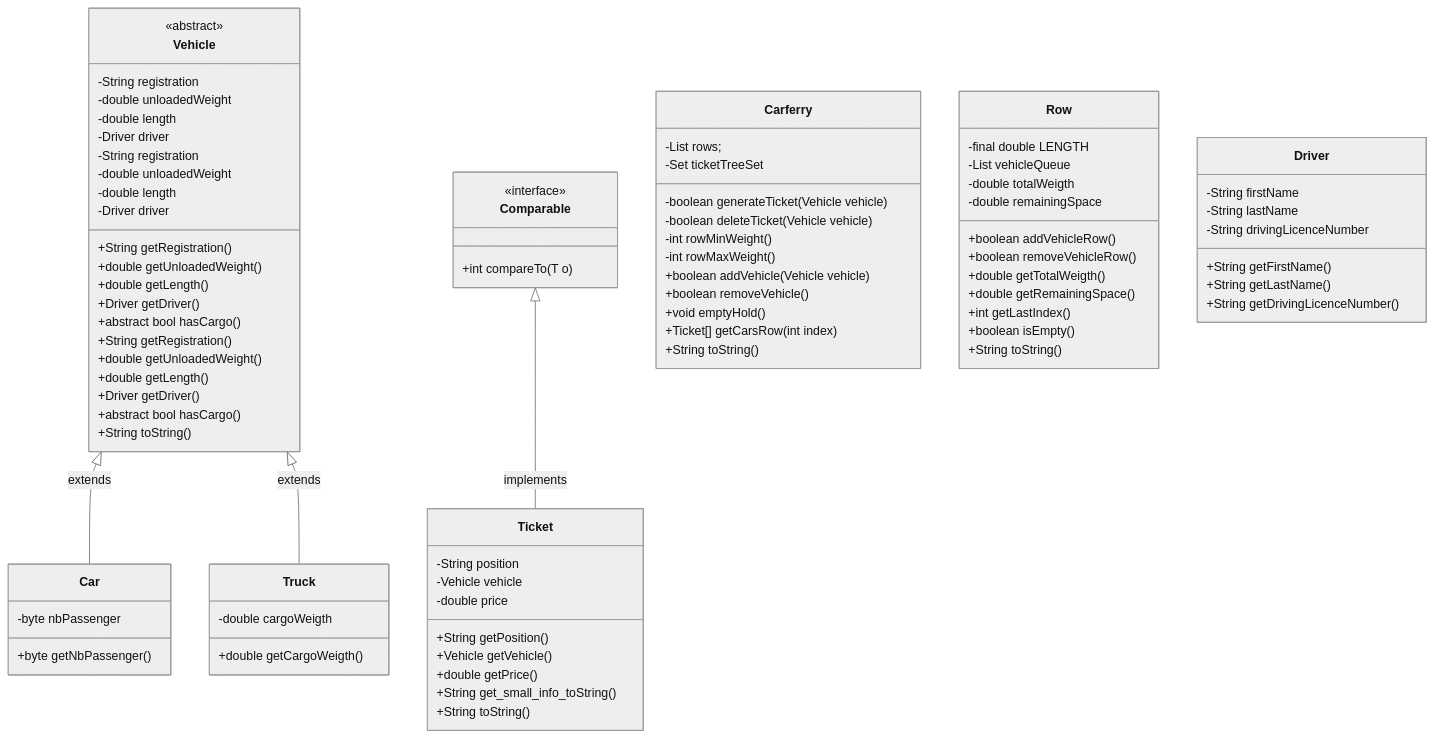
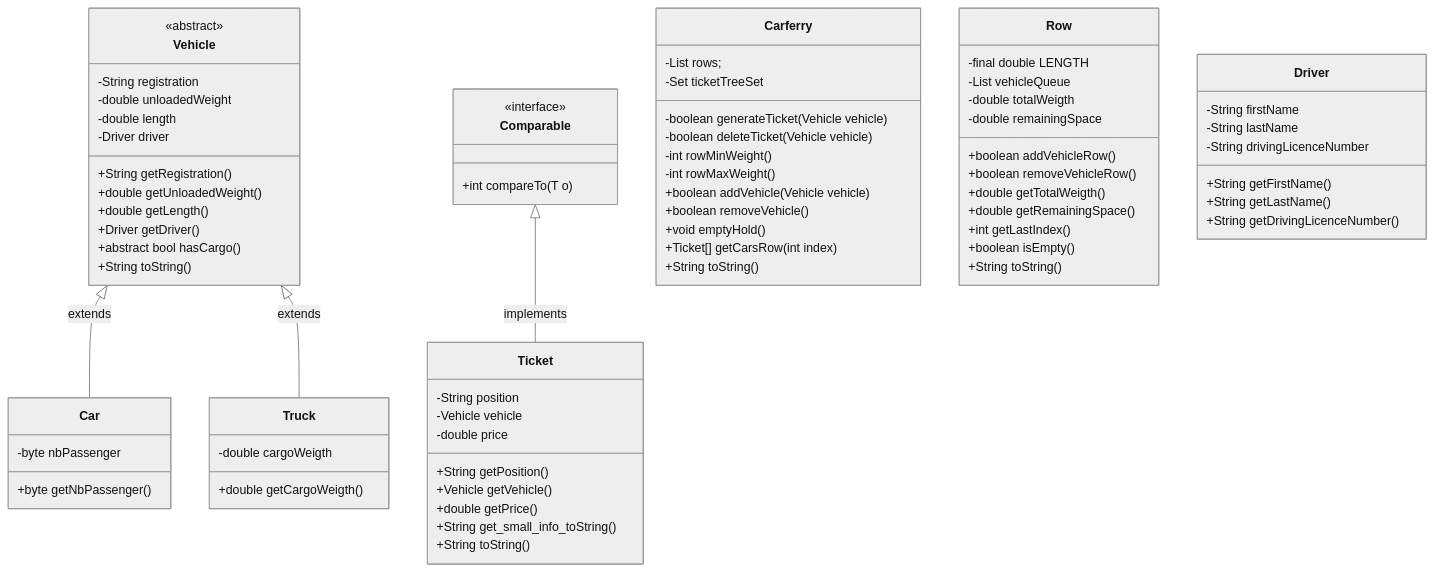
One commit to krillren/Carferry changed the diagram in diagramme.md. Above: the diagram before and after it, drawn with Mermaid (neutral theme).

```diff
--- a/diagramme.md
+++ b/diagramme.md
@@ -13,19 +13,6 @@
 	class Comparable {
 		<<interface>>
 		+int compareTo(T o)
-	}
-      
-	class Vehicle {
-		<<abstract>>
-		-String registration
-		-double unloadedWeight
-		-double length
-		-Driver driver
-		+String getRegistration()
-		+double getUnloadedWeight()
-		+double getLength()
-		+Driver getDriver()
-		+abstract bool hasCargo()
 	}
 			
 	class Car {
```
